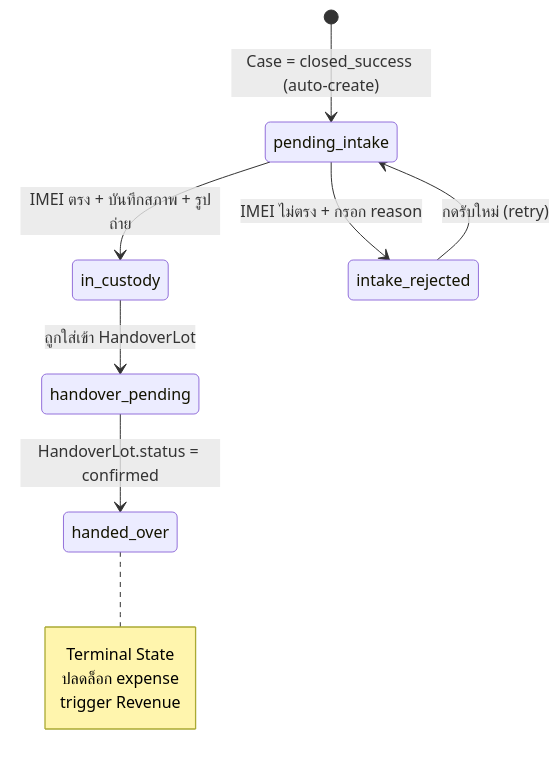
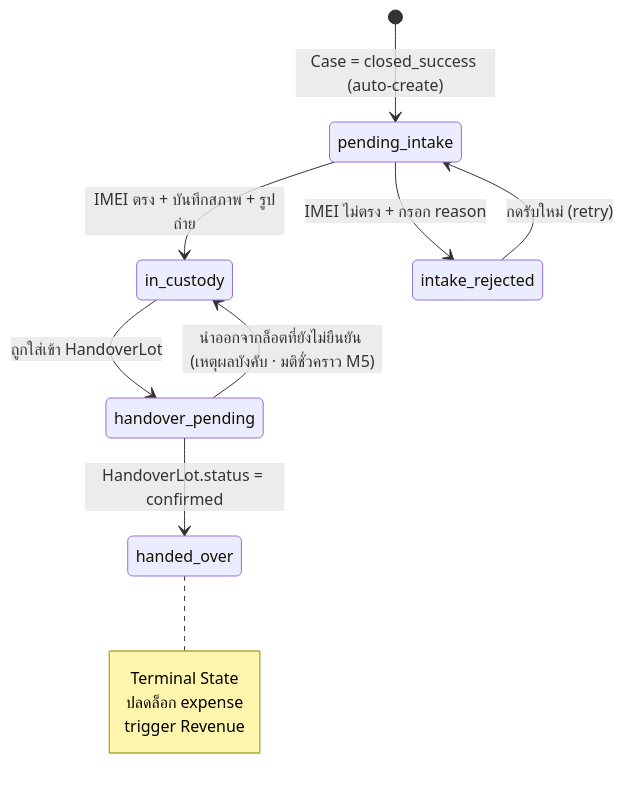
The first of 2 diagrams in docs/44-asset-custody-handover.md (soodkhet/AssetRecovery), drawn with Mermaid before and after one commit. The commit also changed other lines of this file and 12 other files, not shown here.

First line of the commit message:
fix(warehouse): มติชั่วคราว M5 WH-05 — นำเครื่องออกจากล็อตที่ยังไม่ยืนยัน (เหตุผลบังคับ + audit)

````diff
--- a/docs/44-asset-custody-handover.md
+++ b/docs/44-asset-custody-handover.md
@@ -337,19 +338,20 @@
 ```mermaid
 stateDiagram-v2
     [*] --> pending_intake : Case = closed_success (auto-create)
 
     pending_intake --> in_custody : IMEI ตรง + บันทึกสภาพ + รูปถ่าย
     pending_intake --> intake_rejected : IMEI ไม่ตรง + กรอก reason
 
     intake_rejected --> pending_intake : กดรับใหม่ (retry)
 
     in_custody --> handover_pending : ถูกใส่เข้า HandoverLot
 
     handover_pending --> handed_over : HandoverLot.status = confirmed
+    handover_pending --> in_custody : นำออกจากล็อตที่ยังไม่ยืนยัน (เหตุผลบังคับ · มติชั่วคราว M5)
 
     note right of handed_over
         Terminal State
         ปลดล็อก expense
         trigger Revenue
     end note
 ```
````
